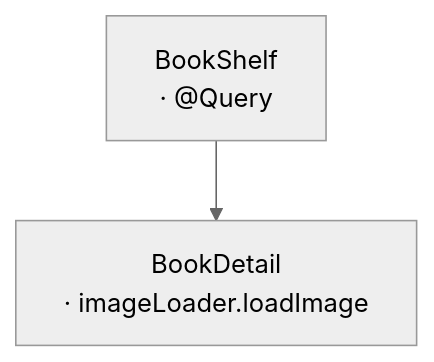
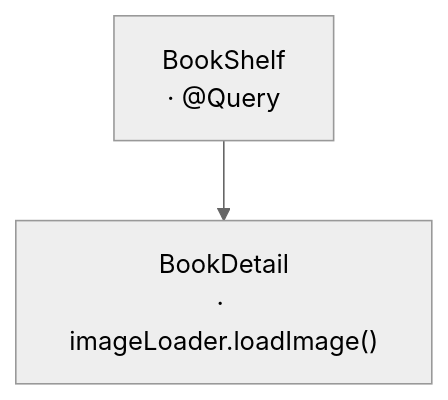
The diagram in example/Landing/Tabs/BookShelf/MAP.md (sisoje/hypermodular), drawn with Mermaid (neutral theme) before and after one commit. The commit also changed 10 other files, not shown here.

````diff
--- a/example/Landing/Tabs/BookShelf/MAP.md
+++ b/example/Landing/Tabs/BookShelf/MAP.md
@@ -1,5 +1,5 @@
 ```mermaid
 %% Root: BookShelf · Parent: Tabs (../MAP.md)
 flowchart TD
-    BookShelf["BookShelf<br/>· @Query"] --> BookDetail["BookDetail<br/>· imageLoader.loadImage"]
+    BookShelf["BookShelf<br/>· @Query"] --> BookDetail["BookDetail<br/>· imageLoader.loadImage()"]
 ```
````
